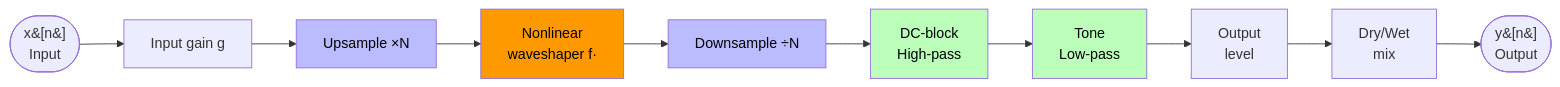
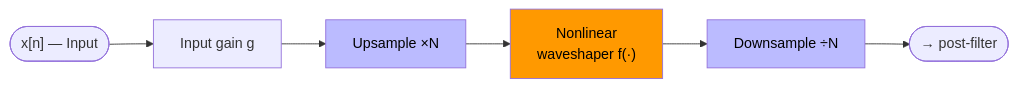
Before and after one commit to slivshits/DSP-PROJ: the first of 3 diagrams in report.md, drawn with Mermaid. The commit also changed other lines of this file and 2 other files, not shown here.

First line of the commit message:
Update report: add Hendrix intro, fix Mermaid diagrams, center figures

````diff
--- a/report.md
+++ b/report.md
@@ -34,18 +60,12 @@
 ```mermaid
 flowchart LR
-    A([x&#91;n&#93;\nInput]) --> B[Input gain g]
-    B --> C[Upsample ×N]
-    C --> D[Nonlinear\nwaveshaper f·]
-    D --> E[Downsample ÷N]
-    E --> F[DC-block\nHigh-pass]
-    F --> G[Tone\nLow-pass]
-    G --> H[Output\nlevel]
-    H --> I[Dry/Wet\nmix]
-    I --> J([y&#91;n&#93;\nOutput])
+    A(["x[n] — Input"]) --> B["Input gain g"]
+    B --> C["Upsample ×N"]
+    C --> D["Nonlinear\nwaveshaper f(·)"]
+    D --> E["Downsample ÷N"]
+    E --> Z(["→ post-filter"])
 
     style D fill:#f90,color:#000
     style C fill:#bbf,color:#000
     style E fill:#bbf,color:#000
-    style F fill:#bfb,color:#000
-    style G fill:#bfb,color:#000
 ```
````
